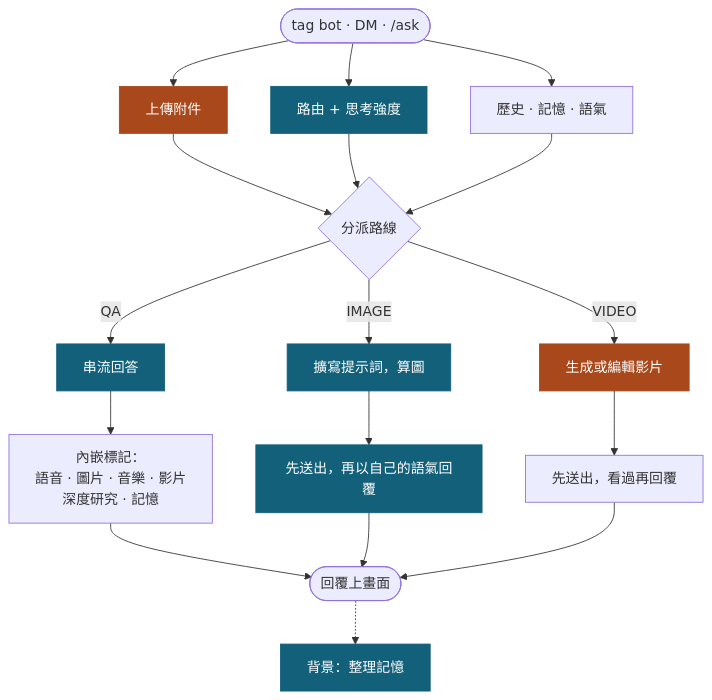
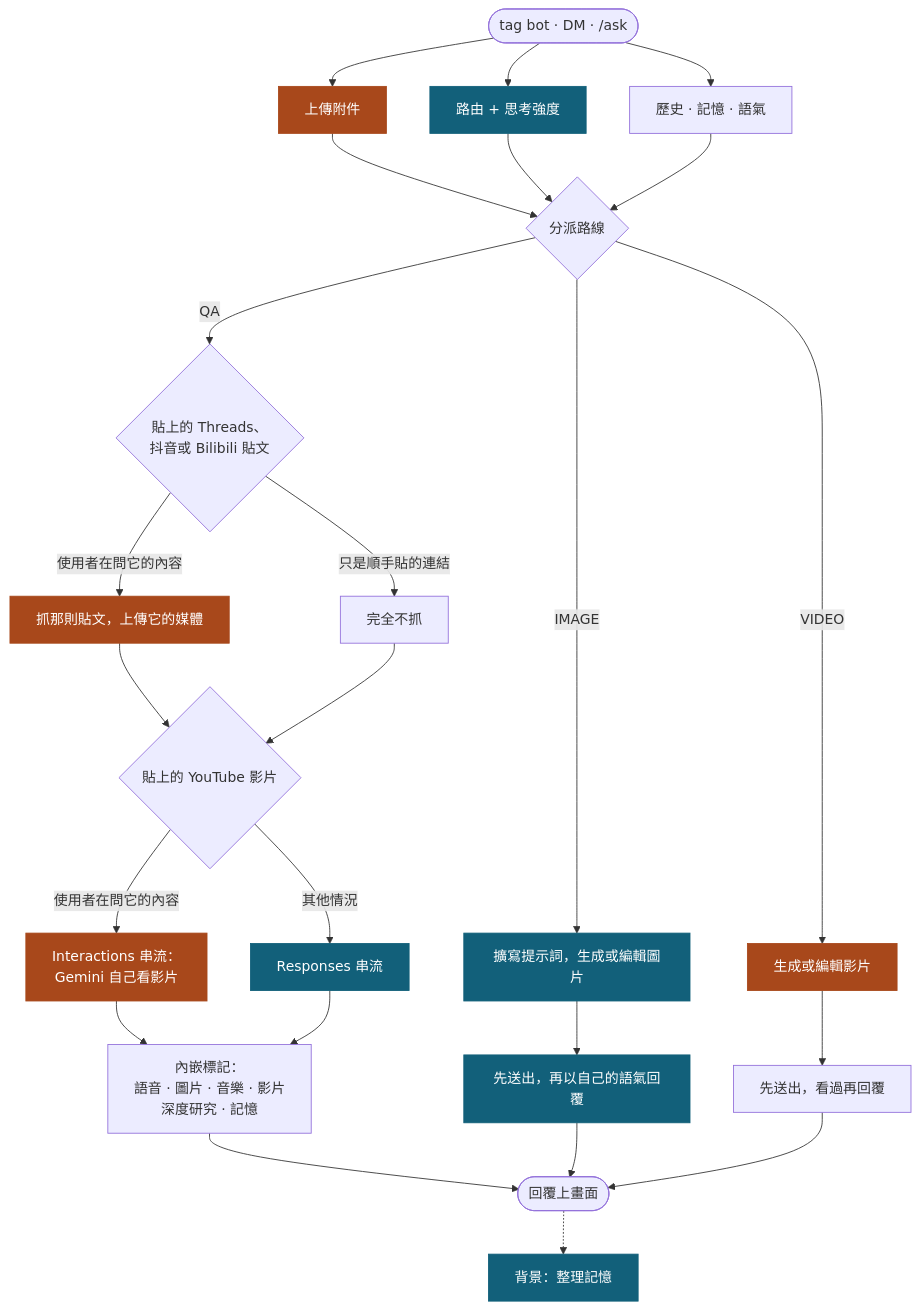
The diagram in README.zh-TW.md (Mai0313/discordbot), drawn with Mermaid before and after one commit. The commit also changed other lines of this file and 2 other files, not shown here.

Commit message:
docs: draw the linked-post and YouTube branches in the README flowchart

````diff
--- a/README.zh-TW.md
+++ b/README.zh-TW.md
@@ -43,27 +43,33 @@
 ```mermaid
 flowchart TD
     U(["tag bot · DM · /ask"]) --> UP & RT & CX
 
     UP["上傳附件"]
     RT["路由 + 思考強度"]
     CX["歷史 · 記憶 · 語氣"]
 
     UP & RT & CX --> R{"分派路線"}
 
-    R -->|QA| Q1["串流回答"]
-    Q1 --> Q2["內嵌標記：<br/>語音 · 圖片 · 音樂 · 影片<br/>深度研究 · 記憶"]
-    R -->|IMAGE| I1["擴寫提示詞，算圖"]
+    R -->|QA| L{"貼上的 Threads、<br/>抖音或 Bilibili 貼文"}
+    L -->|"使用者在問它的內容"| LF["抓那則貼文，上傳它的媒體"]
+    L -->|"只是順手貼的連結"| LS["完全不抓"]
+    LF & LS --> Y{"貼上的 YouTube 影片"}
+    Y -->|"使用者在問它的內容"| YT["Interactions 串流：<br/>Gemini 自己看影片"]
+    Y -->|"其他情況"| QS["Responses 串流"]
+    YT & QS --> Q2["內嵌標記：<br/>語音 · 圖片 · 音樂 · 影片<br/>深度研究 · 記憶"]
+
+    R -->|IMAGE| I1["擴寫提示詞，生成或編輯圖片"]
     I1 --> I2["先送出，再以自己的語氣回覆"]
     R -->|VIDEO| V1["生成或編輯影片"]
     V1 --> V2["先送出，看過再回覆"]
 
     Q2 --> OUT(["回覆上畫面"])
     I2 --> OUT
     V2 --> OUT
     OUT -.-> MM["背景：整理記憶"]
 
     classDef proxy fill:#12607a,stroke:#12607a,color:#ffffff
     classDef direct fill:#a8481b,stroke:#a8481b,color:#ffffff
-    class RT,Q1,I1,I2,MM proxy
-    class UP,V1 direct
+    class RT,QS,I1,I2,MM proxy
+    class UP,LF,YT,V1 direct
 ```
````
